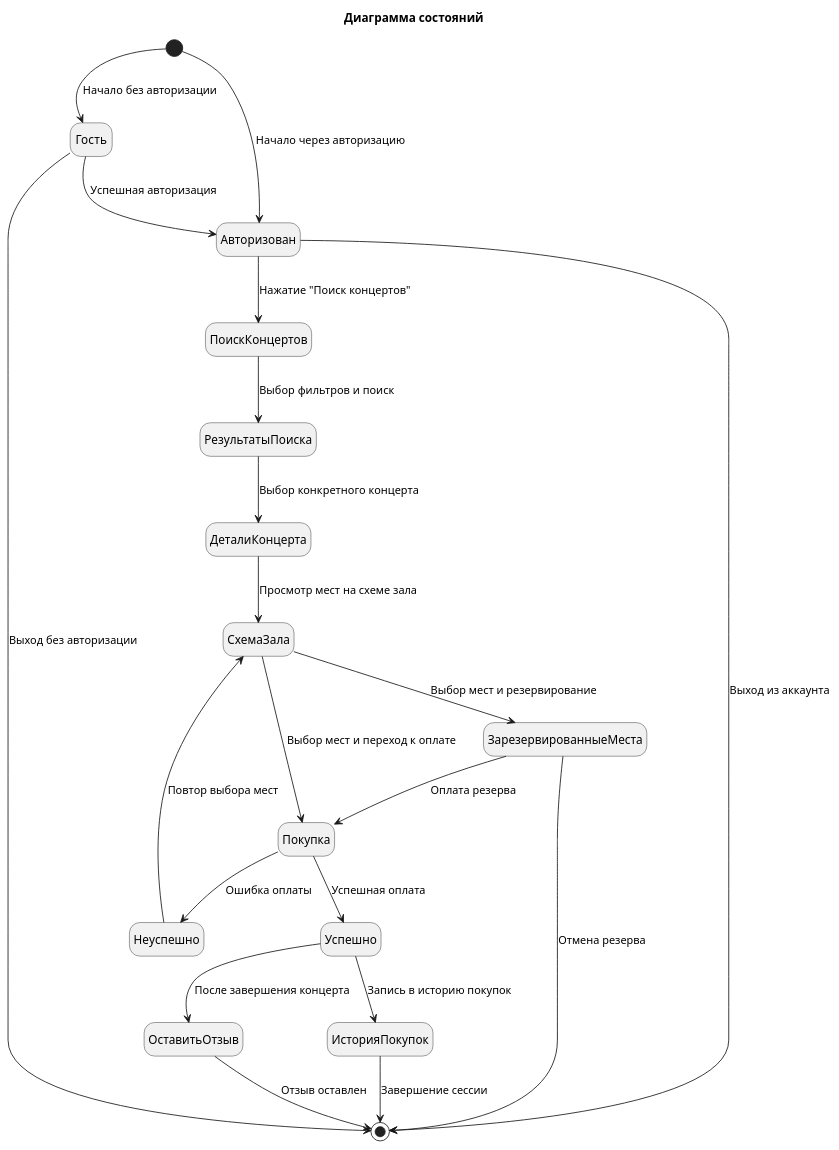
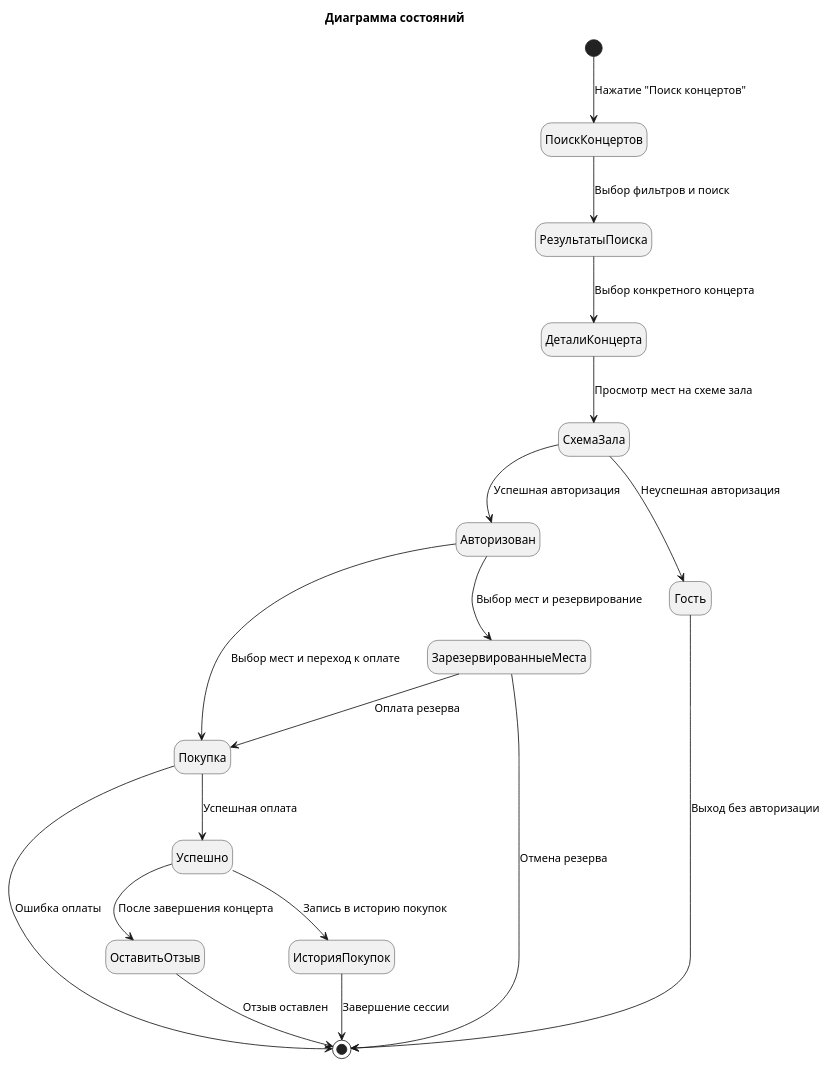
One commit to amfunNylord/rtpo changed the diagram in 2. Технический проект/state.puml. Above: the diagram before and after it, drawn with PlantUML. The commit also changed 1 other file, not shown here.

```diff
--- a/2. Технический проект/state.puml
+++ b/2. Технический проект/state.puml
@@ -1,35 +1,31 @@
 @startuml Диаграмма состояний
 title Диаграмма состояний
 top to bottom direction
 hide empty description
 skinparam nodesep 65
 
-[*] --> Гость : Начало без авторизации
-[*] --> Авторизован : Начало через авторизацию
-
-Гость --> Авторизован : Успешная авторизация
-Гость --> [*] : Выход без авторизации
-
-Авторизован --> ПоискКонцертов : Нажатие "Поиск концертов"
-Авторизован --> [*] : Выход из аккаунта
+[*] --> ПоискКонцертов : Нажатие "Поиск концертов"
 
 ПоискКонцертов --> РезультатыПоиска : Выбор фильтров и поиск
 РезультатыПоиска --> ДеталиКонцерта : Выбор конкретного концерта
 ДеталиКонцерта --> СхемаЗала : Просмотр мест на схеме зала
-СхемаЗала --> ЗарезервированныеМеста : Выбор мест и резервирование
 ЗарезервированныеМеста --> Покупка : Оплата резерва
 ЗарезервированныеМеста --> [*] : Отмена резерва
-СхемаЗала --> Покупка : Выбор мест и переход к оплате
+
+СхемаЗала --> Авторизован : Успешная авторизация
+СхемаЗала --> Гость : Неуспешная авторизация
+Авторизован --> ЗарезервированныеМеста : Выбор мест и резервирование
+Авторизован --> Покупка : Выбор мест и переход к оплате
+Гость --> [*] : Выход без авторизации
 
 Покупка --> Успешно : Успешная оплата
-Покупка --> Неуспешно : Ошибка оплаты
-Неуспешно --> СхемаЗала : Повтор выбора мест
+Покупка --> [*] : Ошибка оплаты 
 
 Успешно --> ИсторияПокупок : Запись в историю покупок
 ИсторияПокупок --> [*] : Завершение сессии
 
 Успешно --> ОставитьОтзыв : После завершения концерта
 ОставитьОтзыв --> [*] : Отзыв оставлен
 
 
 @enduml
```
